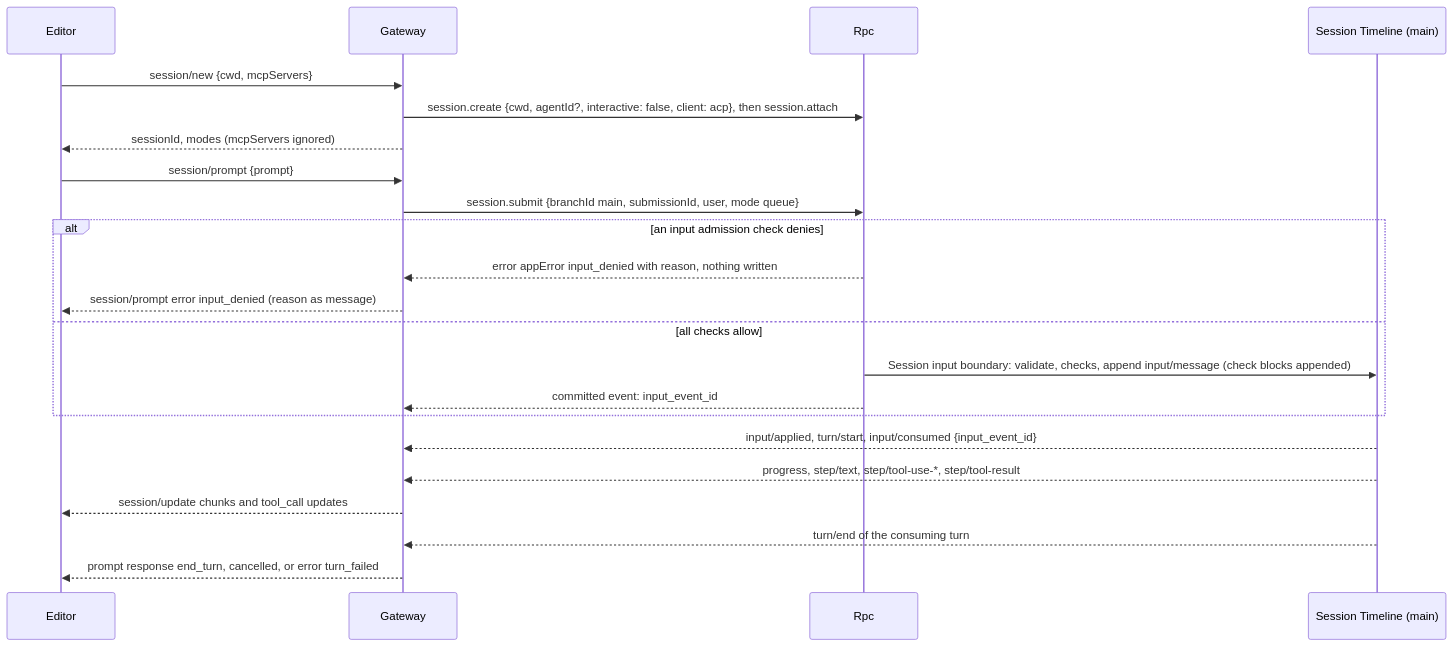
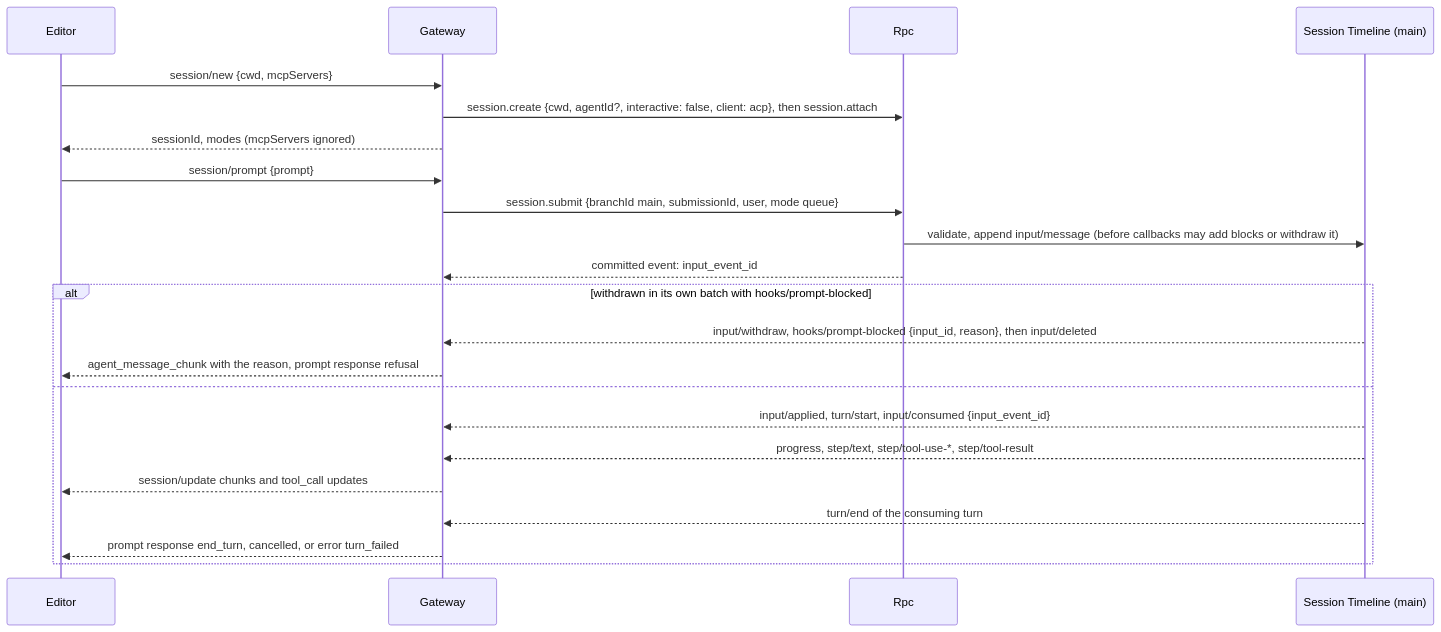
One commit to CoutinhoTTS/dim-agent changed the third of 5 diagrams in docs/design/plugins/AcpGateway.md. Above: the diagram before and after it, drawn with Mermaid. The commit also changed other lines of this file and 18 other files, not shown here.

First line of the commit message:
docs(design): hooks via asynchronous before callbacks and withdraw/delete input events

````diff
--- a/docs/design/plugins/AcpGateway.md
+++ b/docs/design/plugins/AcpGateway.md
@@ -65,24 +65,24 @@
 ```mermaid
 sequenceDiagram
   participant E as Editor
   participant G as Gateway
   participant R as Rpc
   participant TL as Session Timeline (main)
   E->>G: session/new {cwd, mcpServers}
   G->>R: session.create {cwd, agentId?, interactive: false, client: acp}, then session.attach
   G-->>E: sessionId, modes (mcpServers ignored)
   E->>G: session/prompt {prompt}
   G->>R: session.submit {branchId main, submissionId, user, mode queue}
-  alt an input admission check denies
-    R-->>G: error appError input_denied with reason, nothing written
-    G-->>E: session/prompt error input_denied (reason as message)
-  else all checks allow
-    R->>TL: Session input boundary: validate, checks, append input/message (check blocks appended)
-    R-->>G: committed event: input_event_id
-  end
+  R->>TL: validate, append input/message (before callbacks may add blocks or withdraw it)
+  R-->>G: committed event: input_event_id
+  alt withdrawn in its own batch with hooks/prompt-blocked
+    TL-->>G: input/withdraw, hooks/prompt-blocked {input_id, reason}, then input/deleted
+    G-->>E: agent_message_chunk with the reason, prompt response refusal
+  else
   TL-->>G: input/applied, turn/start, input/consumed {input_event_id}
   TL-->>G: progress, step/text, step/tool-use-*, step/tool-result
   G-->>E: session/update chunks and tool_call updates
   TL-->>G: turn/end of the consuming turn
   G-->>E: prompt response end_turn, cancelled, or error turn_failed
+  end
 ```
````
